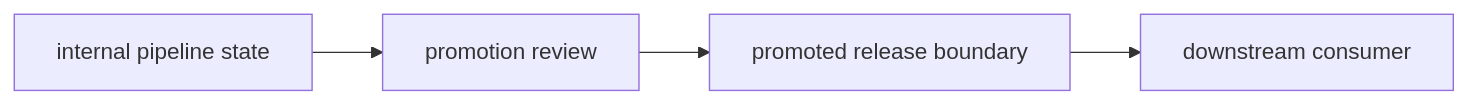
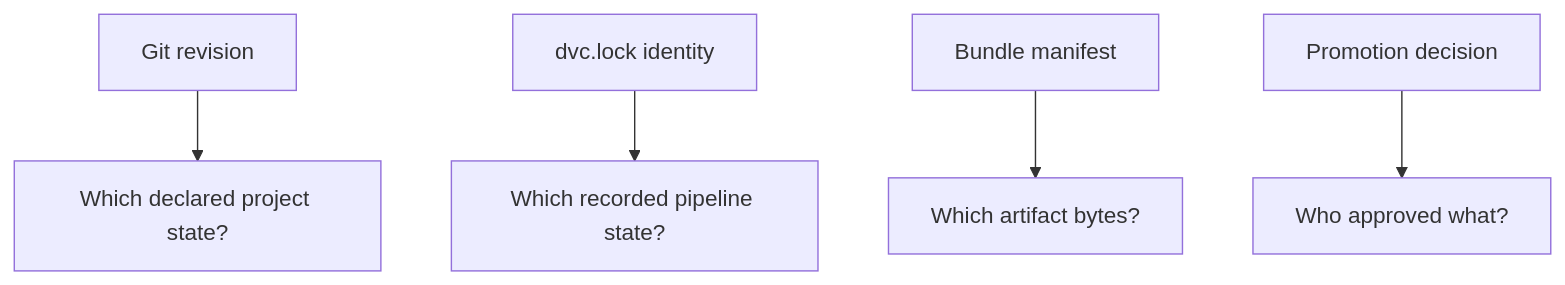
One commit to bijux/bijux-masterclass changed the third of 3 diagrams in programs/reproducible-research/deep-dive-dvc/course-book/module-09-promotion-registry-boundaries-auditability/promotion-contracts-and-downstream-trust.md. Above: the diagram before and after it, drawn with Mermaid. The commit also changed other lines of this file, not shown here.

Commit message:
docs(dvc): bind promotion authority to evidence

````diff
--- a/programs/reproducible-research/deep-dive-dvc/course-book/module-09-promotion-registry-boundaries-auditability/promotion-contracts-and-downstream-trust.md
+++ b/programs/reproducible-research/deep-dive-dvc/course-book/module-09-promotion-registry-boundaries-auditability/promotion-contracts-and-downstream-trust.md
@@ -92,6 +93,7 @@
 ```mermaid
-flowchart LR
-  internal["internal pipeline state"] --> review["promotion review"]
-  review --> publish["promoted release boundary"]
-  publish --> consumer["downstream consumer"]
+flowchart TB
+  git["Git revision"] --> declaration["Which declared project state?"]
+  lock["dvc.lock identity"] --> execution["Which recorded pipeline state?"]
+  manifest["Bundle manifest"] --> bytes["Which artifact bytes?"]
+  decision["Promotion decision"] --> authority["Who approved what?"]
 ```
````
